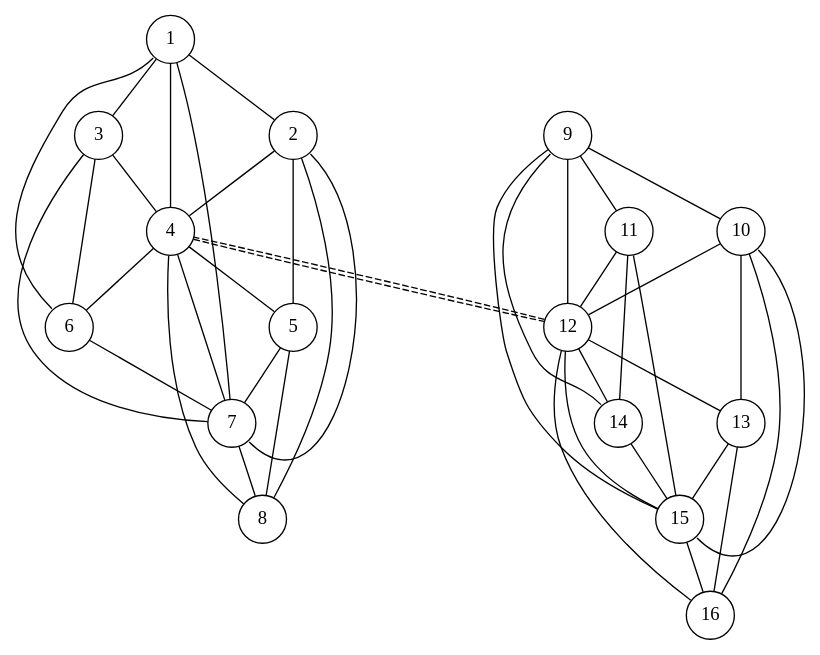
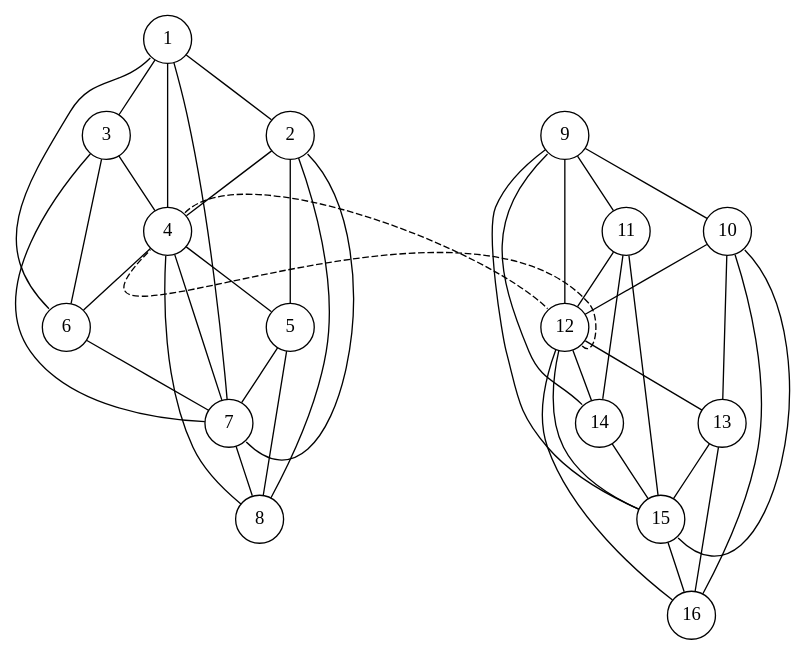
The diagram in y03s02/computer-systems/coursework/02-report/assets/cluster-08-04-ring-s02.dot (vladklokun/university-stuff), drawn with Graphviz before and after one commit. The commit also changed 25 other files, not shown here.

Commit message:
Y03S02: Computer Systems: Coursework 01: update diagrams, fix figure and table placement. (Version 01).

```diff
--- a/y03s02/computer-systems/coursework/02-report/assets/cluster-08-04-ring-s02.dot
+++ b/y03s02/computer-systems/coursework/02-report/assets/cluster-08-04-ring-s02.dot
@@ -1,71 +1,69 @@
 /*
  * Build using:
  * neato -Tpdf -O cluster_08.dot
  *
  */
 graph {
 	graph [
 		overlap=true,
 		splines=true,
 		margin = "0,0",
 		fontname = "STIX Two Math",
 		esep = "0.5"
 	];
 
 	node [
 		shape=circle,
 		fixedsize=true, // don't allow nodes to change sizes dynamically
 		width=0.5, // relative to the underlying coordinate grid?
 		color="black", // node border color (X11 or HTML colors)
 		fillcolor="white", // node fill color (X11 or HTML colors)
 		fontname = "STIX Two Math",
 	];
 
 	edge [
 	];
 
-	c1n1 [pos="-02.00, 02.00!", label="1"];
-	c1n2 [pos="-01.00, 02.00!", label="2"];
-	c1n3 [pos="-02.50, 01.00!", label="3"];
-	c1n4 [pos="-01.50, 01.00!", label="4"];
-	c1n5 [pos="-00.50, 01.00!", label="5"];
-	c1n6 [pos="-03.00, 00.00!", label="6"];
-	c1n7 [pos="-02.00, 00.00!", label="7"];
-	c1n8 [pos="-01.00, 00.00!", label="8"];
+	c1n1 [pos="01.00, 02.00!", label="1"];
+	c1n2 [pos="02.00, 02.00!", label="2"];
+	c1n3 [pos="00.50, 01.00!", label="3"];
+	c1n4 [pos="01.50, 01.00!", label="4"];
+	c1n5 [pos="02.50, 01.00!", label="5"];
+	c1n6 [pos="00.00, 00.00!", label="6"];
+	c1n7 [pos="01.00, 00.00!", label="7"];
+	c1n8 [pos="02.00, 00.00!", label="8"];
 	subgraph 1 {
 		c1n1:sw -- c1n6:nw;
 		c1n1 -- {c1n3 c1n7 c1n4 c1n2};
 		c1n2 -- {c1n4 c1n8 c1n5};
 		c1n2:se -- c1n7:se;
 		c1n3 -- {c1n4 c1n7 c1n6};
 		c1n4 -- {c1n5 c1n8 c1n7 c1n6};
 		c1n5 -- {c1n7 c1n8};
 		c1n6 -- {c1n7};
 		c1n7 -- {c1n8 };
 		c1n8 -- {};
 	}
-
-	c2n1 [pos="-02.00, 05.00!", label="9"];
-	c2n2 [pos="-01.00, 05.00!", label="10"];
-	c2n3 [pos="-02.50, 04.00!", label="11"];
-	c2n4 [pos="-01.50, 04.00!", label="12"];
-	c2n5 [pos="-00.50, 04.00!", label="13"];
-	c2n6 [pos="-03.00, 03.00!", label="14"];
-	c2n7 [pos="-02.00, 03.00!", label="15"];
-	c2n8 [pos="-01.00, 03.00!", label="16"];
+	c2n1 [pos="04.00, 02.00!", label="9"];
+	c2n2 [pos="05.00, 02.00!", label="10"];
+	c2n3 [pos="03.50, 01.00!", label="11"];
+	c2n4 [pos="04.50, 01.00!", label="12"];
+	c2n5 [pos="05.50, 01.00!", label="13"];
+	c2n6 [pos="03.00, 00.00!", label="14"];
+	c2n7 [pos="04.00, 00.00!", label="15"];
+	c2n8 [pos="05.00, 00.00!", label="16"];
 	subgraph 2 {
 		c2n1:sw -- c2n6:nw;
 		c2n1 -- {c2n3 c2n7 c2n4 c2n2};
 		c2n2 -- {c2n4 c2n8 c2n5};
 		c2n2:se -- c2n7:se;
 		c2n3 -- {c2n4 c2n7 c2n6};
 		c2n4 -- {c2n5 c2n8 c2n7 c2n6};
 		c2n5 -- {c2n7 c2n8};
 		c2n6 -- {c2n7};
 		c2n7 -- {c2n8 };
 		c2n8 -- {};
 	}
-
-	c1n4 -- c2n4 [style = dashed];
-	c2n4 -- c1n4 [style = dashed];
+	c1n4:ne -- c2n4:nw [style = dashed];
+	c2n4:se -- c1n4:sw [style = dashed];
 }
```
